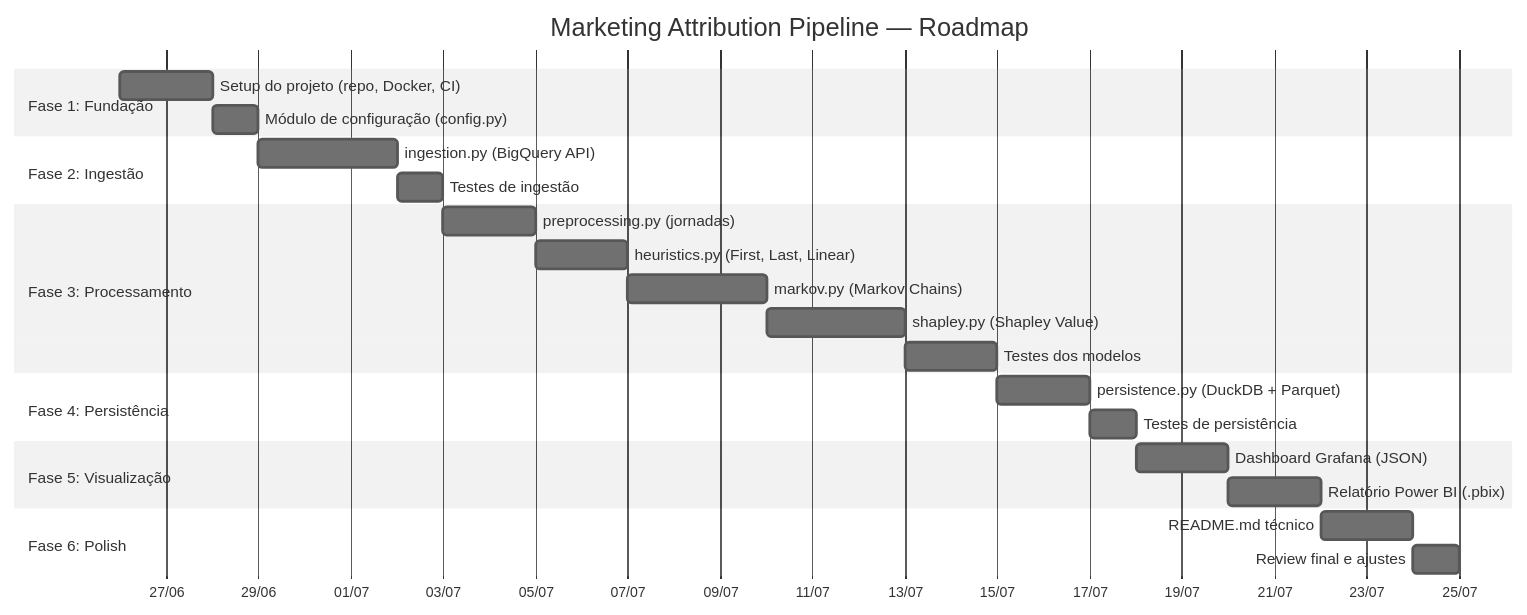
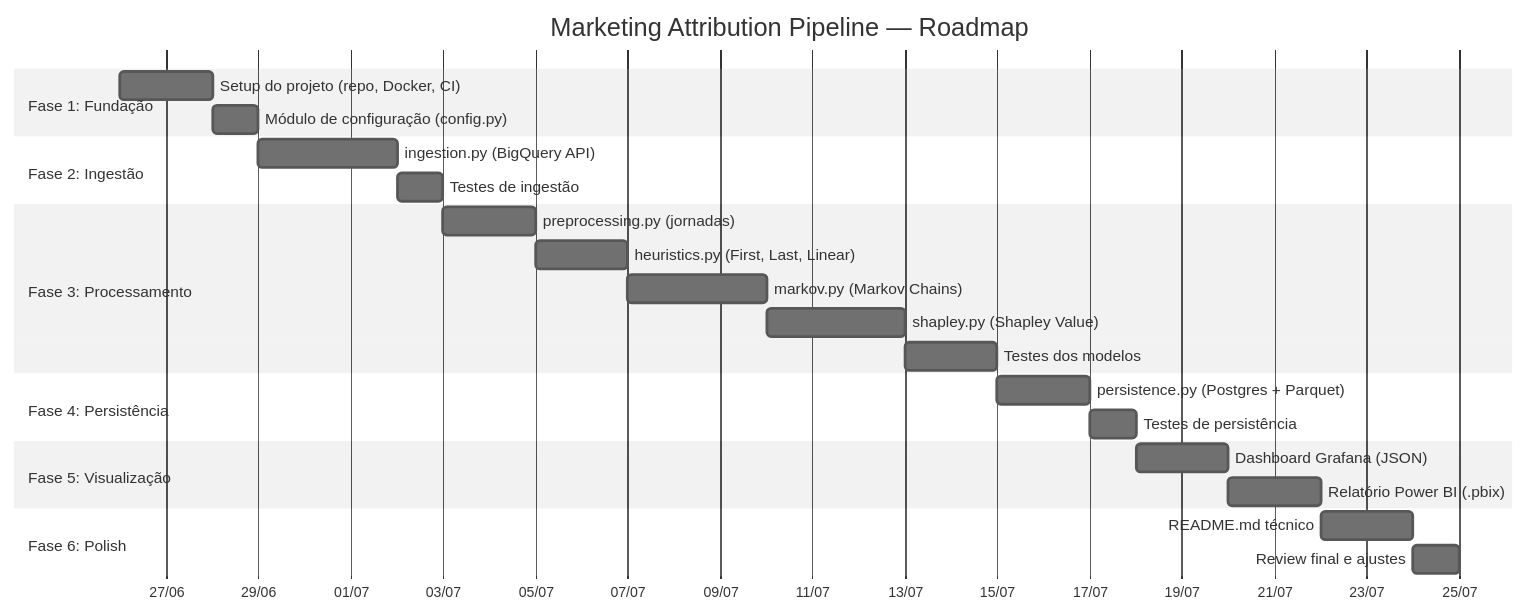
The third of 3 diagrams in docs/PRD.md (Anotther/marketing-attribution), drawn with Mermaid (neutral theme) before and after one commit. The commit also changed other lines of this file and 3 other files, not shown here.

Commit message:
docs: update documentation to reflect postgresql architecture

````diff
--- a/docs/PRD.md
+++ b/docs/PRD.md
@@ -337,33 +337,33 @@
 ```mermaid
 gantt
     title Marketing Attribution Pipeline — Roadmap
     dateFormat  YYYY-MM-DD
     axisFormat  %d/%m
 
     section Fase 1: Fundação
         Setup do projeto (repo, Docker, CI)         :f1, 2026-06-26, 2d
         Módulo de configuração (config.py)           :f2, after f1, 1d
 
     section Fase 2: Ingestão
         ingestion.py (BigQuery API)                  :f3, after f2, 3d
         Testes de ingestão                           :f4, after f3, 1d
 
     section Fase 3: Processamento
         preprocessing.py (jornadas)                  :f5, after f4, 2d
         heuristics.py (First, Last, Linear)          :f6, after f5, 2d
         markov.py (Markov Chains)                    :f7, after f6, 3d
         shapley.py (Shapley Value)                   :f8, after f7, 3d
         Testes dos modelos                           :f9, after f8, 2d
 
     section Fase 4: Persistência
-        persistence.py (DuckDB + Parquet)            :f10, after f9, 2d
+        persistence.py (Postgres + Parquet)            :f10, after f9, 2d
         Testes de persistência                       :f11, after f10, 1d
 
     section Fase 5: Visualização
         Dashboard Grafana (JSON)                     :f12, after f11, 2d
         Relatório Power BI (.pbix)                   :f13, after f12, 2d
 
     section Fase 6: Polish
         README.md técnico                            :f14, after f13, 2d
         Review final e ajustes                       :f15, after f14, 1d
 ```
````
